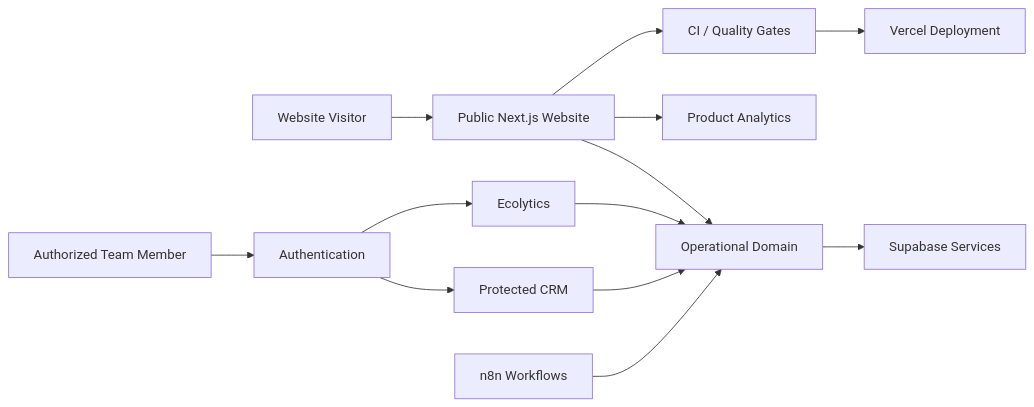
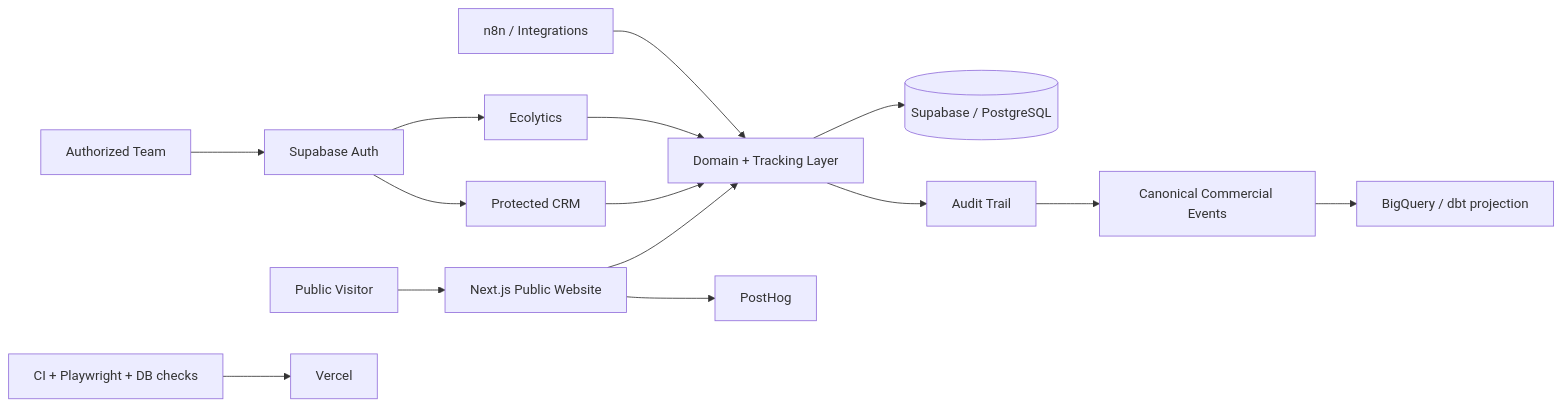
Before and after one commit to KevinT31/ECORAIZ: the diagram in README.md, drawn with Mermaid. The commit also changed other lines of this file, not shown here.

````diff
--- a/README.md
+++ b/README.md
@@ -28,19 +35,22 @@
 ```mermaid
 flowchart LR
-    Visitor[Website Visitor] --> Web[Public Next.js Website]
+    Visitor[Public Visitor] --> Web[Next.js Public Website]
+    Team[Authorized Team] --> Auth[Supabase Auth]
 
-    Agent[Authorized Team Member] --> Auth[Authentication]
     Auth --> CRM[Protected CRM]
-    Auth --> Analytics[Ecolytics]
+    Auth --> Ecolytics[Ecolytics]
 
-    Web --> Domain[Operational Domain]
+    Web --> Domain[Domain + Tracking Layer]
     CRM --> Domain
-    Analytics --> Domain
+    Ecolytics --> Domain
 
-    Domain --> Supabase[Supabase Services]
-    Web --> Telemetry[Product Analytics]
-    Automation[n8n Workflows] --> Domain
+    Domain --> DB[(Supabase / PostgreSQL)]
+    Domain --> Audit[Audit Trail]
+    Web --> ProductAnalytics[PostHog]
 
-    Web --> CI[CI / Quality Gates]
-    CI --> Vercel[Vercel Deployment]
+    Audit --> Events[Canonical Commercial Events]
+    Events --> Warehouse[BigQuery / dbt projection]
+
+    Automation[n8n / Integrations] --> Domain
+    CI[CI + Playwright + DB checks] --> Deploy[Vercel]
 ```
````
